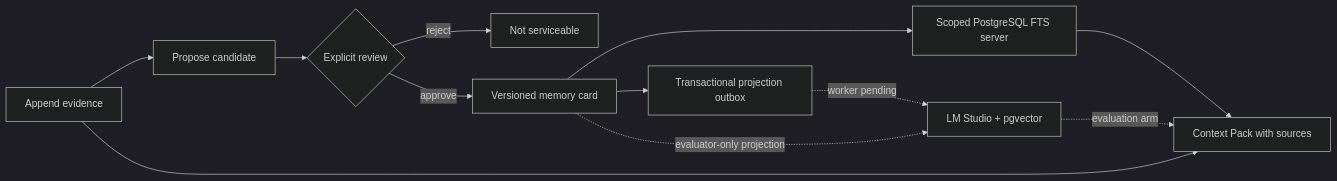
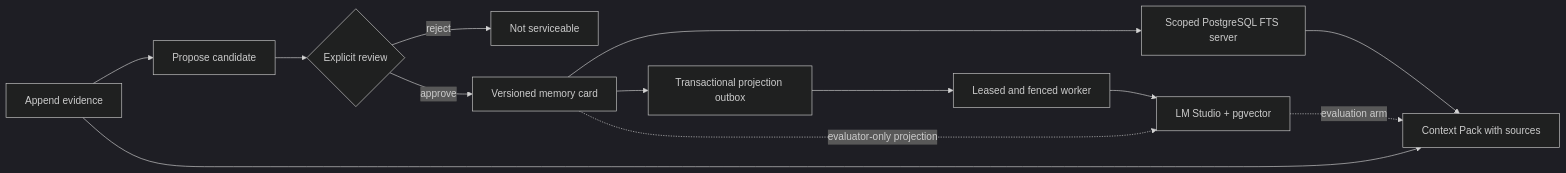
Before and after one commit to ksana-ai/agent-memory-system: the diagram in README.md, drawn with Mermaid (dark theme). The commit also changed other lines of this file and 20 other files, not shown here.

````diff
--- a/README.md
+++ b/README.md
@@ -11,14 +11,15 @@
 ```mermaid
 flowchart LR
     E[Append evidence] --> C[Propose candidate]
     C --> R{Explicit review}
     R -->|reject| X[Not serviceable]
     R -->|approve| M[Versioned memory card]
     M --> S[Scoped PostgreSQL FTS server]
     M --> O[Transactional projection outbox]
-    O -. worker pending .-> V[LM Studio + pgvector]
+    O --> W[Leased and fenced worker]
+    W --> V[LM Studio + pgvector]
     M -. evaluator-only projection .-> V
     E --> P[Context Pack with sources]
     S --> P
     V -. evaluation arm .-> P
 ```
````
